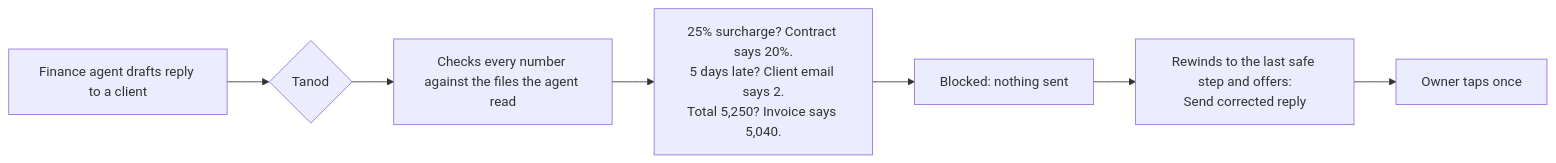
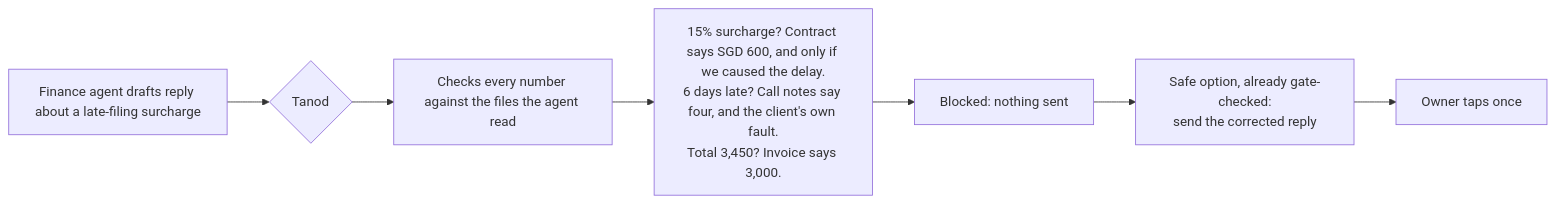
One commit to aljabrialam/tanod changed the first of 2 diagrams in README.md. Above: the diagram before and after it, drawn with Mermaid. The commit also changed other lines of this file and 28 other files, not shown here.

````diff
--- a/README.md
+++ b/README.md
@@ -33,9 +48,9 @@
 ```mermaid
 flowchart LR
-  A[Finance agent drafts reply to a client] --> B{Tanod}
+  A[Finance agent drafts reply about a late-filing surcharge] --> B{Tanod}
   B --> C["Checks every number against the files the agent read"]
-  C --> D["25% surcharge? Contract says 20%.<br/>5 days late? Client email says 2.<br/>Total 5,250? Invoice says 5,040."]
+  C --> D["15% surcharge? Contract says SGD 600, and only if we caused the delay.<br/>6 days late? Call notes say four, and the client's own fault.<br/>Total 3,450? Invoice says 3,000."]
   D --> E[Blocked: nothing sent]
-  E --> F["Rewinds to the last safe step and offers:<br/>Send corrected reply"]
+  E --> F["Safe option, already gate-checked:<br/>send the corrected reply"]
   F --> G[Owner taps once]
 ```
````
